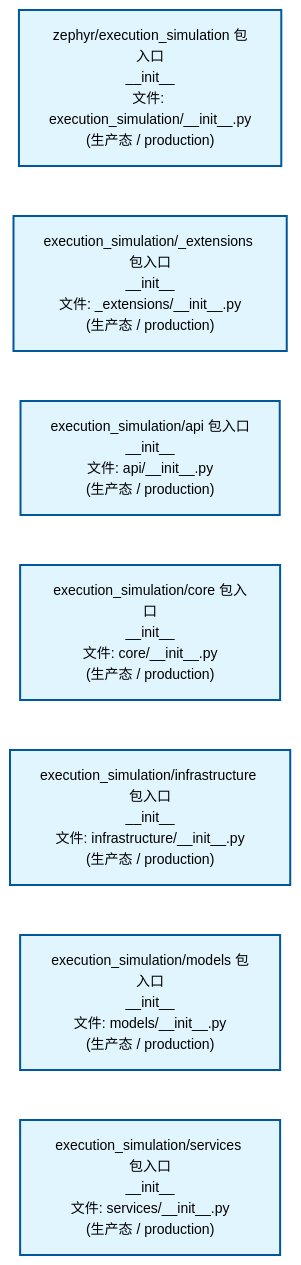
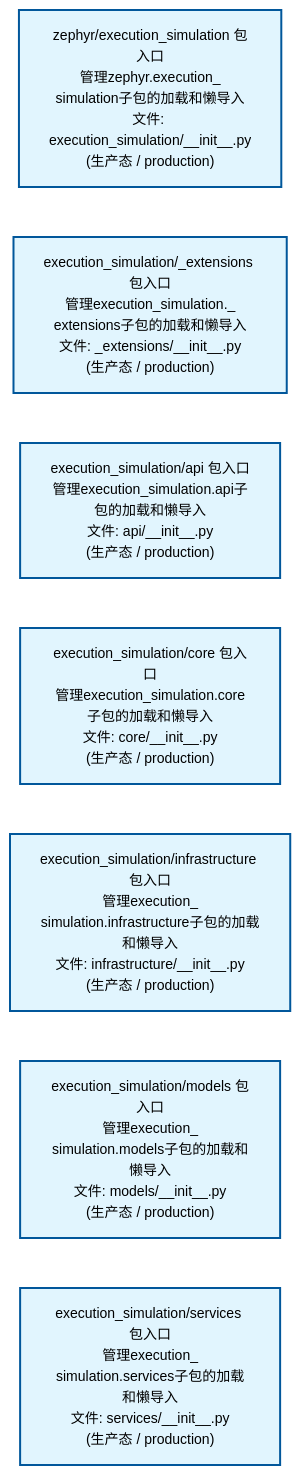
Before and after one commit to xuanFelixVan/ZephyrAlpha: the second of 2 diagrams in docs/02_enterprise_architecture/02_domain_architecture_docs/43_d_exec_sim.md, drawn with Mermaid. The commit also changed other lines of this file and 62 other files, not shown here.

````diff
--- a/docs/02_enterprise_architecture/02_domain_architecture_docs/43_d_exec_sim.md
+++ b/docs/02_enterprise_architecture/02_domain_architecture_docs/43_d_exec_sim.md
@@ -80,22 +80,22 @@
 ```mermaid
 %%{init: {'theme': 'base', 'themeVariables': {'primaryColor': '#eaeaea', 'primaryTextColor': '#333333', 'primaryBorderColor': '#666666', 'lineColor': '#666666', 'secondaryColor': '#eaeaea', 'tertiaryColor': '#eaeaea', 'fontSize': '14px'}}}%%
 flowchart TD
-    src_zephyr_execution_simulation_init_py["zephyr/execution_simulation 包入口<br/>__init__<br/>文件: execution_simulation/__init__.py<br/>(生产态 / production)"]
-    src_zephyr_execution_simulation_extensions_init_py["execution_simulation/_extensions 包入口<br/>__init__<br/>文件: _extensions/__init__.py<br/>(生产态 / production)"]
-    src_zephyr_execution_simulation_api_init_py["execution_simulation/api 包入口<br/>__init__<br/>文件: api/__init__.py<br/>(生产态 / production)"]
-    src_zephyr_execution_simulation_core_init_py["execution_simulation/core 包入口<br/>__init__<br/>文件: core/__init__.py<br/>(生产态 / production)"]
-    src_zephyr_execution_simulation_infrastructure_init_py["execution_simulation/infrastructure 包入口<br/>__init__<br/>文件: infrastructure/__init__.py<br/>(生产态 / production)"]
-    src_zephyr_execution_simulation_models_init_py["execution_simulation/models 包入口<br/>__init__<br/>文件: models/__init__.py<br/>(生产态 / production)"]
-    src_zephyr_execution_simulation_services_init_py["execution_simulation/services 包入口<br/>__init__<br/>文件: services/__init__.py<br/>(生产态 / production)"]
+    src_zephyr_execution_simulation_init_py["zephyr/execution_simulation 包入口<br/>管理zephyr.execution_<br/>simulation子包的加载和懒导入<br/>文件: execution_simulation/__init__.py<br/>(生产态 / production)"]
+    src_zephyr_execution_simulation_extensions_init_py["execution_simulation/_extensions 包入口<br/>管理execution_simulation._<br/>extensions子包的加载和懒导入<br/>文件: _extensions/__init__.py<br/>(生产态 / production)"]
+    src_zephyr_execution_simulation_api_init_py["execution_simulation/api 包入口<br/>管理execution_simulation.api子包的加载和懒导入<br/>文件: api/__init__.py<br/>(生产态 / production)"]
+    src_zephyr_execution_simulation_core_init_py["execution_simulation/core 包入口<br/>管理execution_simulation.core子包的加载和懒导入<br/>文件: core/__init__.py<br/>(生产态 / production)"]
+    src_zephyr_execution_simulation_infrastructure_init_py["execution_simulation/infrastructure 包入口<br/>管理execution_<br/>simulation.infrastructure子包的加载和懒导入<br/>文件: infrastructure/__init__.py<br/>(生产态 / production)"]
+    src_zephyr_execution_simulation_models_init_py["execution_simulation/models 包入口<br/>管理execution_<br/>simulation.models子包的加载和懒导入<br/>文件: models/__init__.py<br/>(生产态 / production)"]
+    src_zephyr_execution_simulation_services_init_py["execution_simulation/services 包入口<br/>管理execution_<br/>simulation.services子包的加载和懒导入<br/>文件: services/__init__.py<br/>(生产态 / production)"]
     src_zephyr_execution_simulation_init_py ~~~ src_zephyr_execution_simulation_extensions_init_py
     src_zephyr_execution_simulation_extensions_init_py ~~~ src_zephyr_execution_simulation_api_init_py
     src_zephyr_execution_simulation_api_init_py ~~~ src_zephyr_execution_simulation_core_init_py
     src_zephyr_execution_simulation_core_init_py ~~~ src_zephyr_execution_simulation_infrastructure_init_py
     src_zephyr_execution_simulation_infrastructure_init_py ~~~ src_zephyr_execution_simulation_models_init_py
     src_zephyr_execution_simulation_models_init_py ~~~ src_zephyr_execution_simulation_services_init_py
     classDef production fill:#e1f5fe,stroke:#01579b,stroke-width:2px,color:#000
     classDef design fill:#fff3e0,stroke:#e65100,stroke-width:2px,color:#000,stroke-dasharray: 5 5
     classDef external_prod fill:#e8f4fd,stroke:#0277bd,stroke-width:1px,color:#000
     classDef external_design fill:#fff8e7,stroke:#ef6c00,stroke-width:1px,color:#000,stroke-dasharray: 5 5
     class src_zephyr_execution_simulation_init_py,src_zephyr_execution_simulation_extensions_init_py,src_zephyr_execution_simulation_api_init_py,src_zephyr_execution_simulation_core_init_py,src_zephyr_execution_simulation_infrastructure_init_py,src_zephyr_execution_simulation_models_init_py,src_zephyr_execution_simulation_services_init_py production
 ```
````
